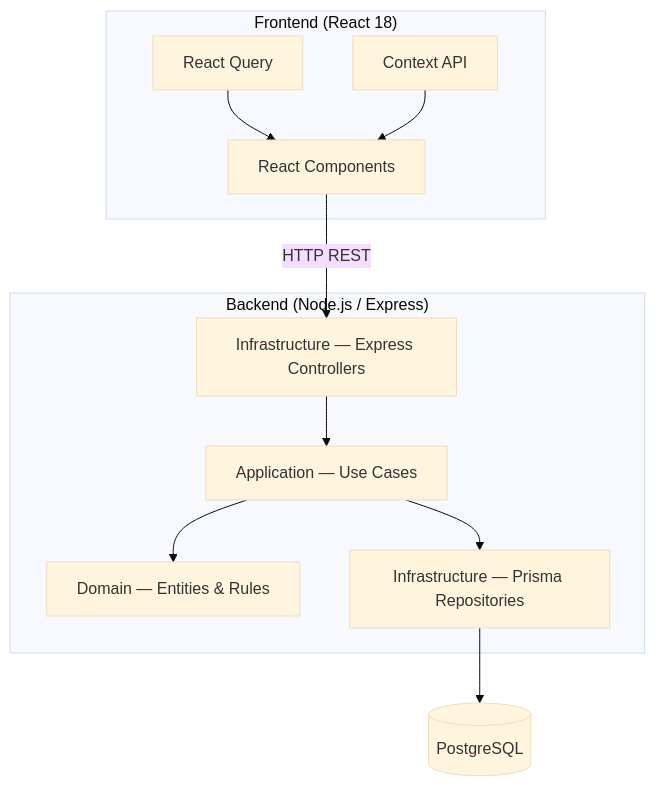
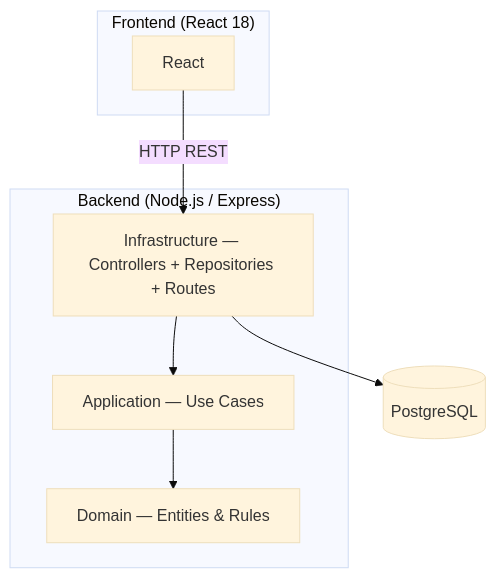
Before and after one commit to Feliperojas2601/task-manager: the diagram in docs/architecture-overview.md, drawn with Mermaid (base theme). The commit also changed other lines of this file and 11 other files, not shown here.

````diff
--- a/docs/architecture-overview.md
+++ b/docs/architecture-overview.md
@@ -11,25 +11,19 @@
 ```mermaid
 graph TD
   subgraph Frontend ["Frontend (React 18)"]
-    UI[React Components]
-    RQ[React Query]
-    CTX[Context API]
+    UI[React]
   end
 
   subgraph Backend ["Backend (Node.js / Express)"]
-    CTRL[Infrastructure — Express Controllers]
+    CTRL[Infrastructure — Controllers + Repositories + Routes]
     APP[Application — Use Cases]
     DOM[Domain — Entities & Rules]
-    REPO[Infrastructure — Prisma Repositories]
   end
 
   DB[(PostgreSQL)]
 
   UI -->|HTTP REST| CTRL
   CTRL --> APP
   APP --> DOM
-  APP --> REPO
-  REPO --> DB
-  RQ --> UI
-  CTX --> UI
+  CTRL --> DB
 ```
````
